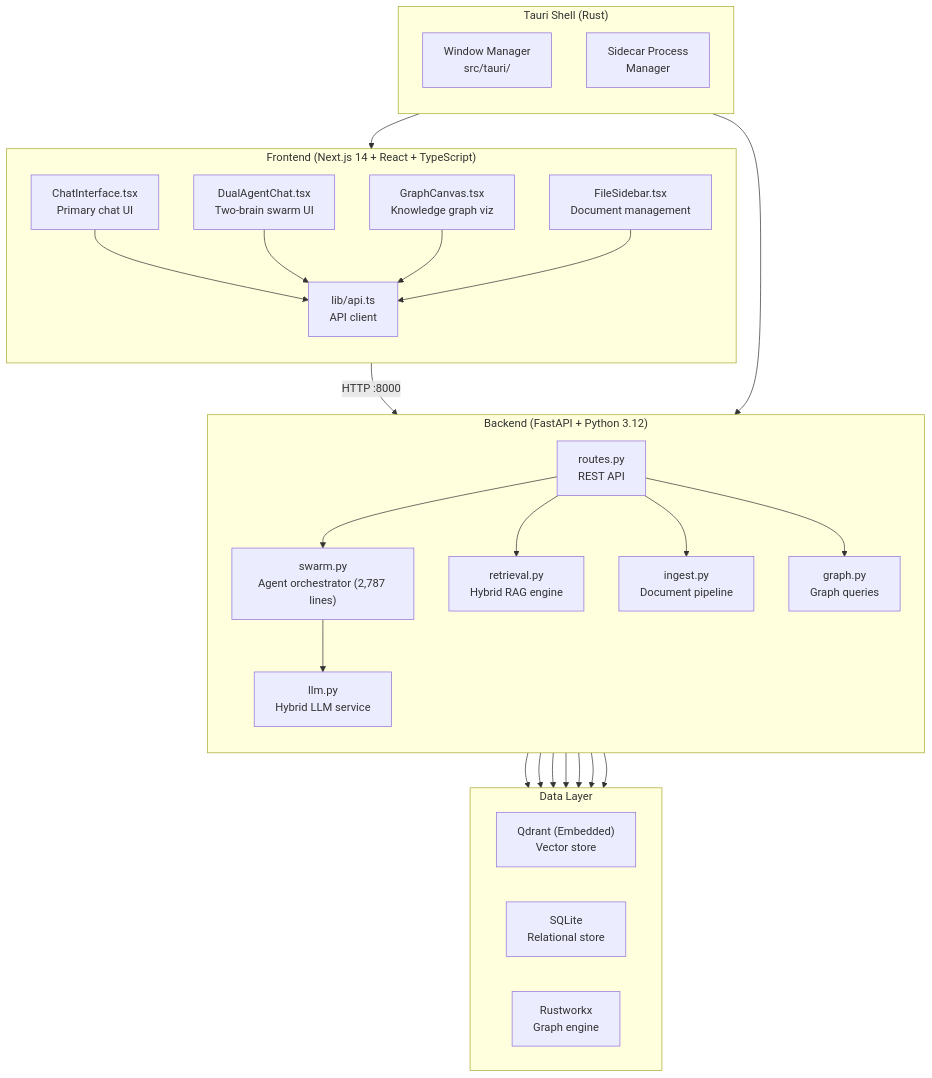
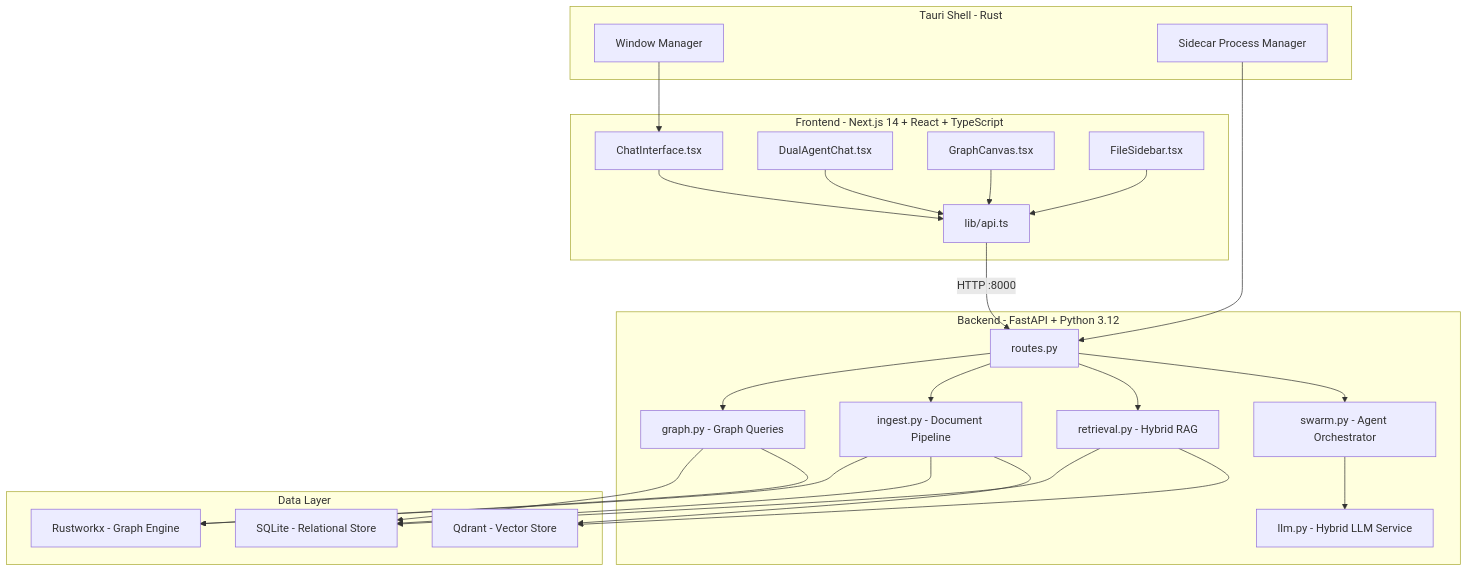
Before and after one commit to AidanSYu/Atlas-OS: the first of 9 diagrams in docs/ATLAS_DISCOVERY_VISION.md, drawn with Mermaid. The commit also changed other lines of this file and 1 other file, not shown here.

Commit message:
docs: Move ATLAS_DISCOVERY_VISION.md to docs/ and refactor content for improved path portability and diagram clarity.

````diff
--- a/docs/ATLAS_DISCOVERY_VISION.md
+++ b/docs/ATLAS_DISCOVERY_VISION.md
@@ -50,54 +50,50 @@
 ```mermaid
 graph TB
-    subgraph "Tauri Shell (Rust)"
-        direction TB
-        TW["Window Manager<br/>src/tauri/"]
-        SP["Sidecar Process<br/>Manager"]
+    subgraph TAURI["Tauri Shell - Rust"]
+        TW["Window Manager"]
+        SP["Sidecar Process Manager"]
     end
 
-    subgraph "Frontend (Next.js 14 + React + TypeScript)"
-        direction TB
-        CI["ChatInterface.tsx<br/>Primary chat UI"]
-        DAC["DualAgentChat.tsx<br/>Two-brain swarm UI"]
-        GC["GraphCanvas.tsx<br/>Knowledge graph viz"]
-        FS["FileSidebar.tsx<br/>Document management"]
-        API["lib/api.ts<br/>API client"]
+    subgraph FRONTEND["Frontend - Next.js 14 + React + TypeScript"]
+        CI["ChatInterface.tsx"]
+        DAC["DualAgentChat.tsx"]
+        GC["GraphCanvas.tsx"]
+        FS["FileSidebar.tsx"]
+        API["lib/api.ts"]
     end
 
-    subgraph "Backend (FastAPI + Python 3.12)"
-        direction TB
-        RT["routes.py<br/>REST API"]
-        SW["swarm.py<br/>Agent orchestrator (2,787 lines)"]
-        RET["retrieval.py<br/>Hybrid RAG engine"]
-        ING["ingest.py<br/>Document pipeline"]
-        LLM["llm.py<br/>Hybrid LLM service"]
-        GR["graph.py<br/>Graph queries"]
+    subgraph BACKEND["Backend - FastAPI + Python 3.12"]
+        RT["routes.py"]
+        SW["swarm.py - Agent Orchestrator"]
+        RET["retrieval.py - Hybrid RAG"]
+        ING["ingest.py - Document Pipeline"]
+        LLM["llm.py - Hybrid LLM Service"]
+        GR["graph.py - Graph Queries"]
     end
 
-    subgraph "Data Layer"
-        direction LR
-        QD["Qdrant (Embedded)<br/>Vector store"]
-        SQ["SQLite<br/>Relational store"]
-        RW["Rustworkx<br/>Graph engine"]
+    subgraph DATA["Data Layer"]
+        QD["Qdrant - Vector Store"]
+        SQ["SQLite - Relational Store"]
+        RW["Rustworkx - Graph Engine"]
     end
 
     TW --> CI
     SP --> RT
     CI --> API
     DAC --> API
     GC --> API
     FS --> API
-    API -->|"HTTP :8000"| RT
+    API -->|HTTP :8000| RT
     RT --> SW
     RT --> RET
     RT --> ING
     RT --> GR
     SW --> LLM
     RET --> QD
     RET --> SQ
     GR --> RW
     GR --> SQ
     ING --> QD
     ING --> SQ
     ING --> RW
 ```
````
